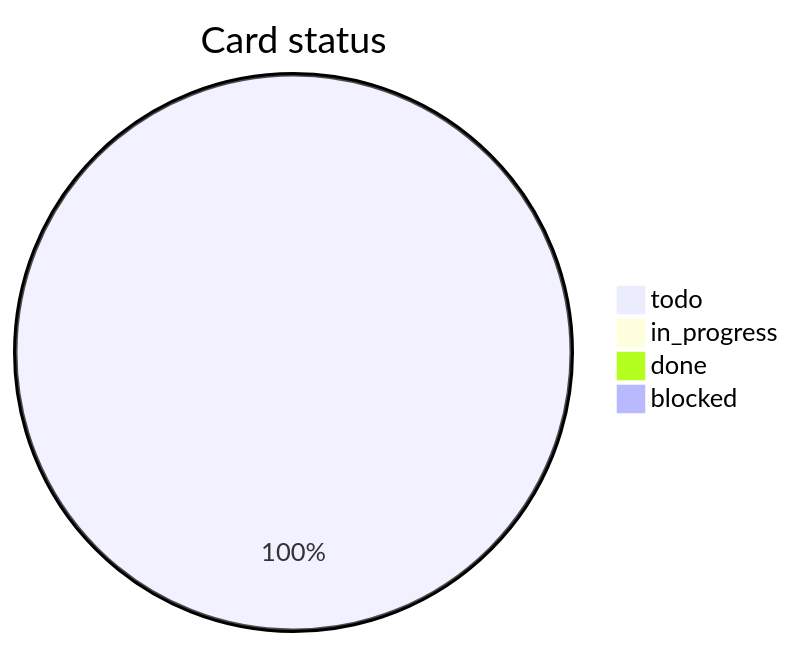
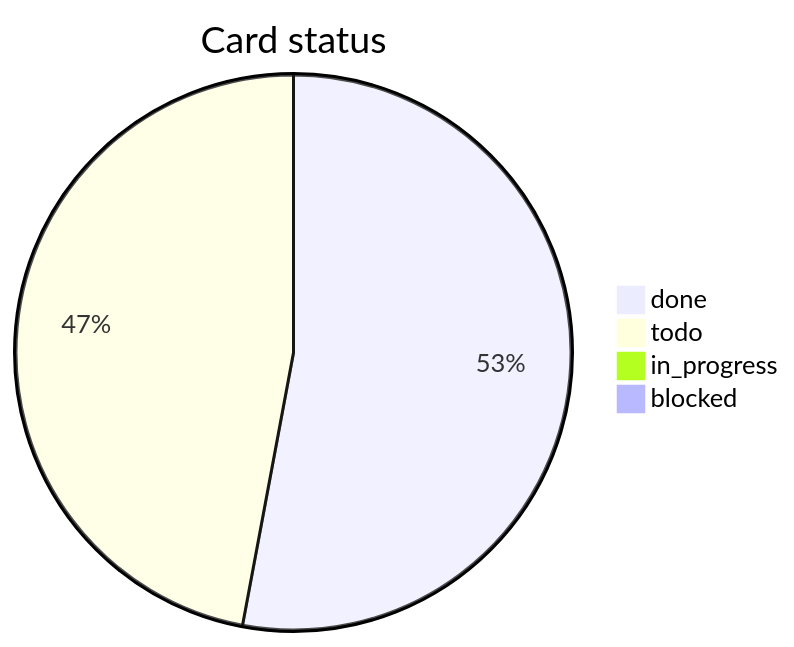
One commit to 2tsoftwareapp/super-template changed the diagram in .agents/sessions/Task-8-Task-8-coding-rules-investigate/TASKS.md. Above: the diagram before and after it, drawn with Mermaid. The commit also changed other lines of this file and 25 other files, not shown here.

````diff
--- a/.agents/sessions/Task-8-Task-8-coding-rules-investigate/TASKS.md
+++ b/.agents/sessions/Task-8-Task-8-coding-rules-investigate/TASKS.md
@@ -66,7 +66,7 @@
 ```mermaid
 pie title Card status
-  "todo" : 17
+  "done" : 9
+  "todo" : 8
   "in_progress" : 0
-  "done" : 0
   "blocked" : 0
 ```
````
